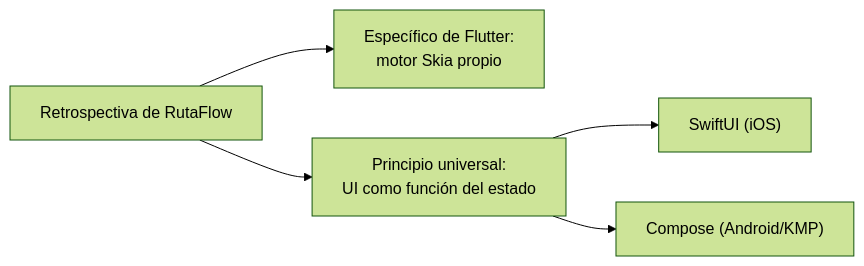
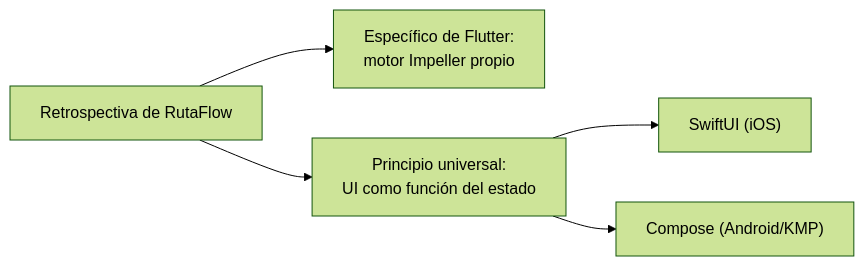
One commit to NICORUIZ93/The_Imperial_Book changed the second of 3 diagrams in web/public/content/flutter/modulo-12.md. Above: the diagram before and after it, drawn with Mermaid (forest theme). The commit also changed other lines of this file and 33 other files, not shown here.

````diff
--- a/web/public/content/flutter/modulo-12.md
+++ b/web/public/content/flutter/modulo-12.md
@@ -216,7 +216,7 @@
 ```mermaid
 flowchart LR
-    A["Retrospectiva de RutaFlow"] --> B["Específico de Flutter:\nmotor Skia propio"]
+    A["Retrospectiva de RutaFlow"] --> B["Específico de Flutter:\nmotor Impeller propio"]
     A --> C["Principio universal:\nUI como función del estado"]
     C --> D["SwiftUI (iOS)"]
     C --> E["Compose (Android/KMP)"]
 ```
````
